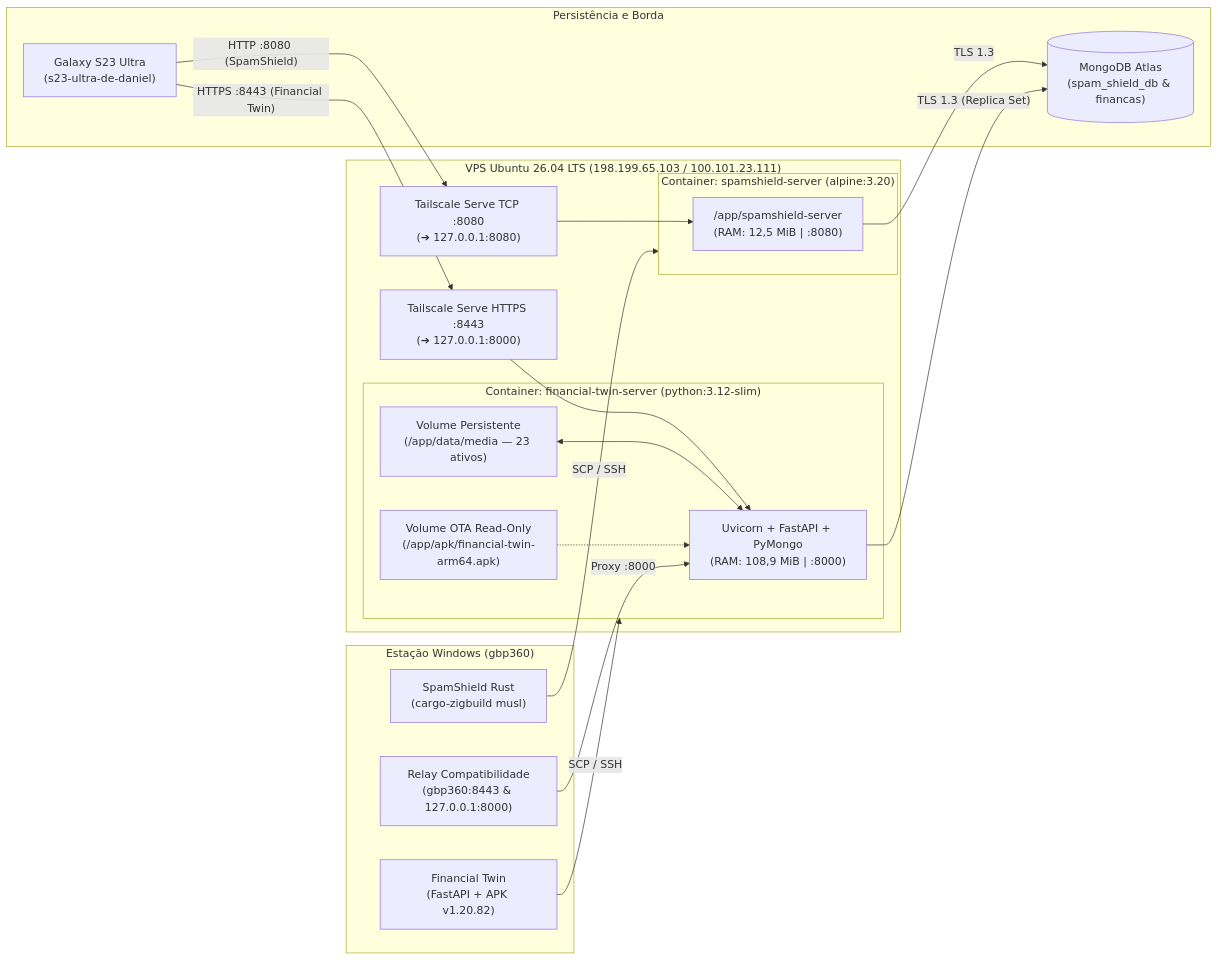
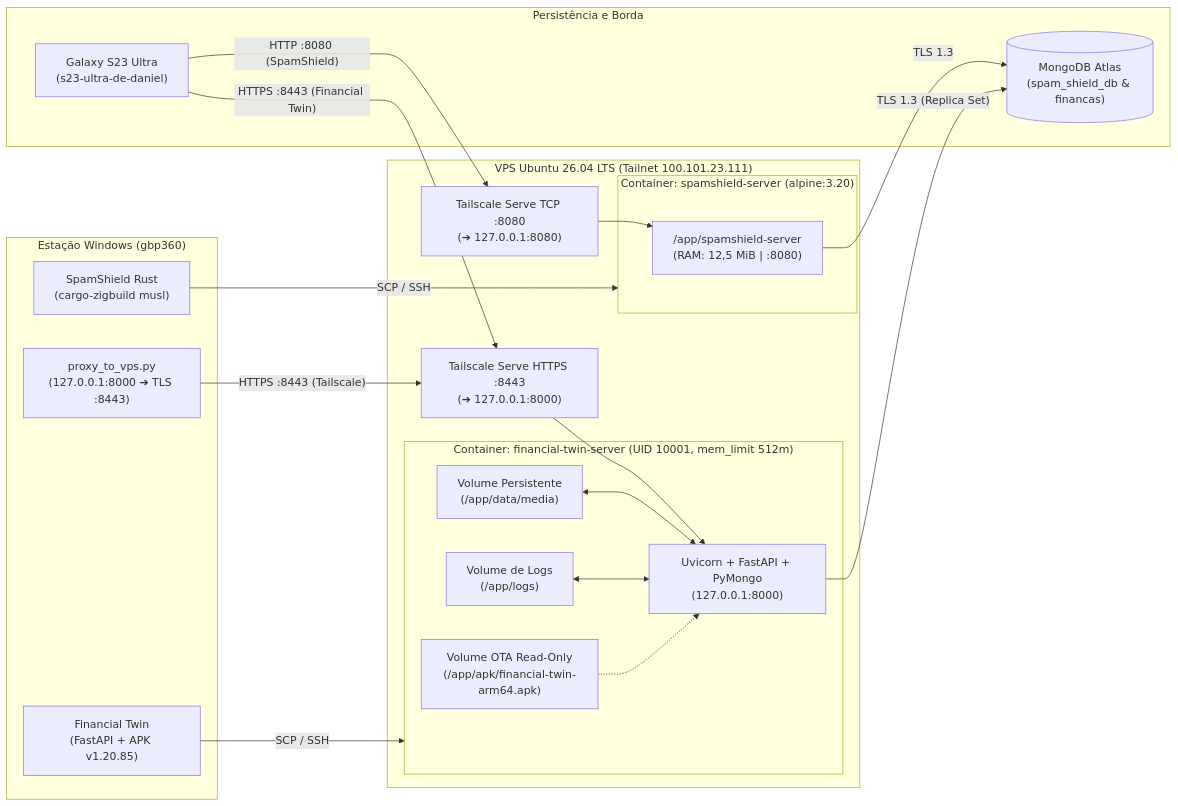
The diagram in docs/NOTA-TECNICA-DEPLOY-VPS.md (danielcdes-create/financial-twin), drawn with Mermaid before and after one commit. The commit also changed other lines of this file and 82 other files, not shown here.

````diff
--- a/docs/NOTA-TECNICA-DEPLOY-VPS.md
+++ b/docs/NOTA-TECNICA-DEPLOY-VPS.md
@@ -73,41 +71,43 @@
 ```mermaid
 flowchart LR
     subgraph PC["Estação Windows (gbp360)"]
         SS_SRC["SpamShield Rust\n(cargo-zigbuild musl)"]
-        FIN_SRC["Financial Twin\n(FastAPI + APK v1.20.82)"]
-        PC_RELAY["Relay Compatibilidade\n(gbp360:8443 & 127.0.0.1:8000)"]
+        FIN_SRC["Financial Twin\n(FastAPI + APK v1.20.85)"]
+        PC_RELAY["proxy_to_vps.py\n(127.0.0.1:8000 ➔ TLS :8443)"]
     end
 
-    subgraph VPS["VPS Ubuntu 26.04 LTS (198.199.65.103 / 100.101.23.111)"]
+    subgraph VPS["VPS Ubuntu 26.04 LTS (Tailnet 100.101.23.111)"]
         TS_8080["Tailscale Serve TCP :8080\n(➔ 127.0.0.1:8080)"]
         TS_8443["Tailscale Serve HTTPS :8443\n(➔ 127.0.0.1:8000)"]
 
         subgraph DOCKER_SS["Container: spamshield-server (alpine:3.20)"]
             SRV_SS["/app/spamshield-server\n(RAM: 12,5 MiB | :8080)"]
         end
 
-        subgraph DOCKER_FIN["Container: financial-twin-server (python:3.12-slim)"]
-            SRV_FIN["Uvicorn + FastAPI + PyMongo\n(RAM: 108,9 MiB | :8000)"]
-            VOL_MEDIA["Volume Persistente\n(/app/data/media — 23 ativos)"]
+        subgraph DOCKER_FIN["Container: financial-twin-server (UID 10001, mem_limit 512m)"]
+            SRV_FIN["Uvicorn + FastAPI + PyMongo\n(127.0.0.1:8000)"]
+            VOL_MEDIA["Volume Persistente\n(/app/data/media)"]
+            VOL_LOGS["Volume de Logs\n(/app/logs)"]
             VOL_APK["Volume OTA Read-Only\n(/app/apk/financial-twin-arm64.apk)"]
         end
 
         TS_8080 --> SRV_SS
         TS_8443 --> SRV_FIN
         VOL_MEDIA <--> SRV_FIN
+        VOL_LOGS <--> SRV_FIN
         VOL_APK -.-> SRV_FIN
     end
 
     subgraph CLOUD["Persistência e Borda"]
         MONGO[("MongoDB Atlas\n(spam_shield_db & financas)")]
         PHONE["Galaxy S23 Ultra\n(s23-ultra-de-daniel)"]
     end
 
     SS_SRC -- "SCP / SSH" --> DOCKER_SS
     FIN_SRC -- "SCP / SSH" --> DOCKER_FIN
-    PC_RELAY -- "Proxy :8000" --> SRV_FIN
+    PC_RELAY -- "HTTPS :8443 (Tailscale)" --> TS_8443
     SRV_SS -- "TLS 1.3" --> MONGO
     SRV_FIN -- "TLS 1.3 (Replica Set)" --> MONGO
     PHONE -- "HTTP :8080 (SpamShield)" --> TS_8080
     PHONE -- "HTTPS :8443 (Financial Twin)" --> TS_8443
 ```
````
